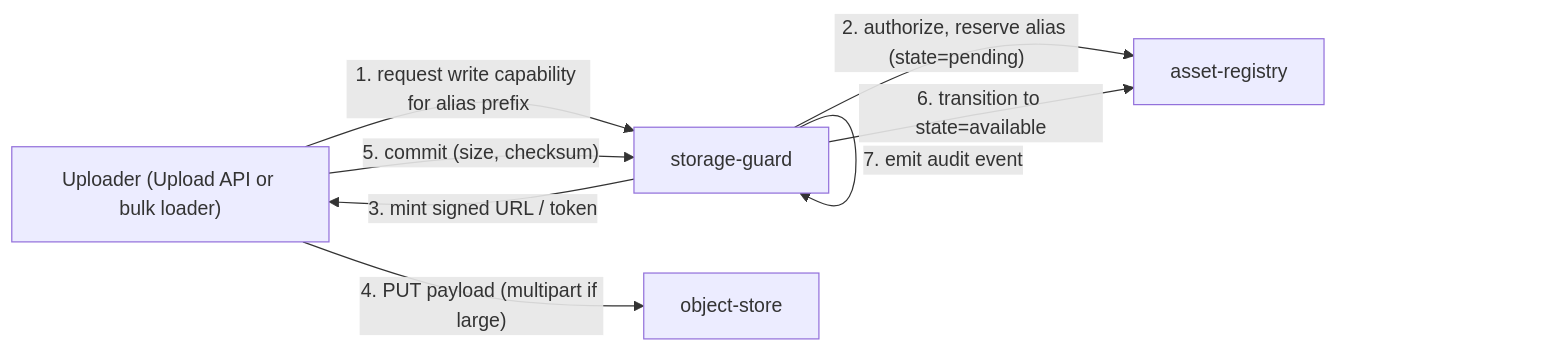
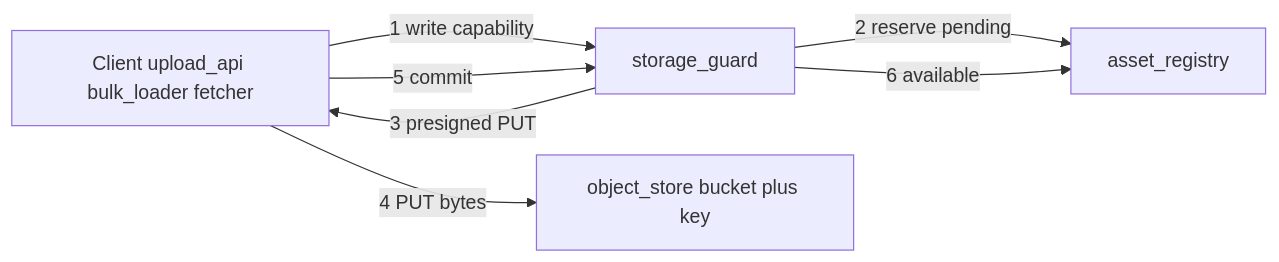
The second of 3 diagrams in docs/PROJECT_ARCHITECTURE.md (mezanno/prototype_cache), drawn with Mermaid before and after one commit. The commit also changed other lines of this file and 28 other files, not shown here.

First line of the commit message:
docs: storage buckets, fetcher service, and aligned core prototype

````diff
--- a/docs/PROJECT_ARCHITECTURE.md
+++ b/docs/PROJECT_ARCHITECTURE.md
@@ -75,15 +80,14 @@
 ```mermaid
 flowchart LR
-    Client["Uploader (Upload API or bulk loader)"]
-    Guard["storage-guard"]
-    Registry["asset-registry"]
-    Object["object-store"]
+    Client["Client upload_api bulk_loader fetcher"]
+    Guard["storage_guard"]
+    Registry["asset_registry"]
+    Object["object_store bucket plus key"]
 
-    Client -->|"1. request write capability for alias prefix"| Guard
-    Guard -->|"2. authorize, reserve alias (state=pending)"| Registry
-    Guard -->|"3. mint signed URL / token"| Client
-    Client -->|"4. PUT payload (multipart if large)"| Object
-    Client -->|"5. commit (size, checksum)"| Guard
-    Guard -->|"6. transition to state=available"| Registry
-    Guard -->|"7. emit audit event"| Guard
+    Client -->|"1 write capability"| Guard
+    Guard -->|"2 reserve pending"| Registry
+    Guard -->|"3 presigned PUT"| Client
+    Client -->|"4 PUT bytes"| Object
+    Client -->|"5 commit"| Guard
+    Guard -->|"6 available"| Registry
 ```
````
